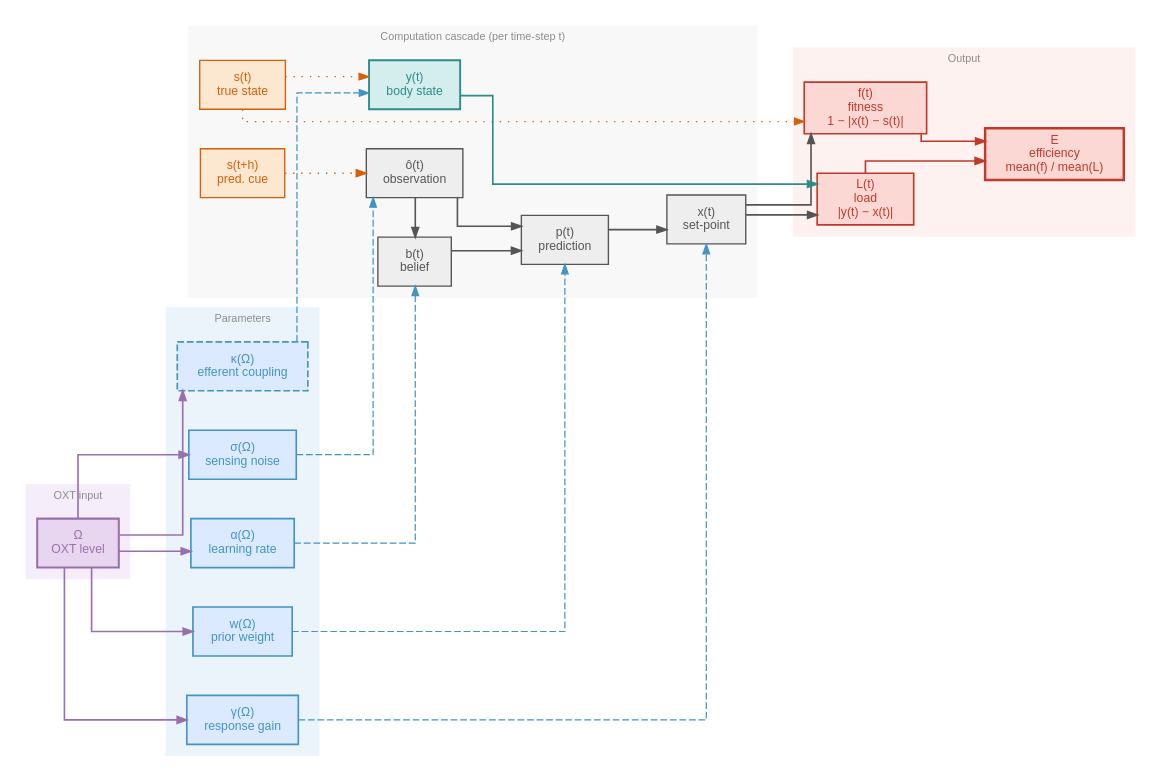
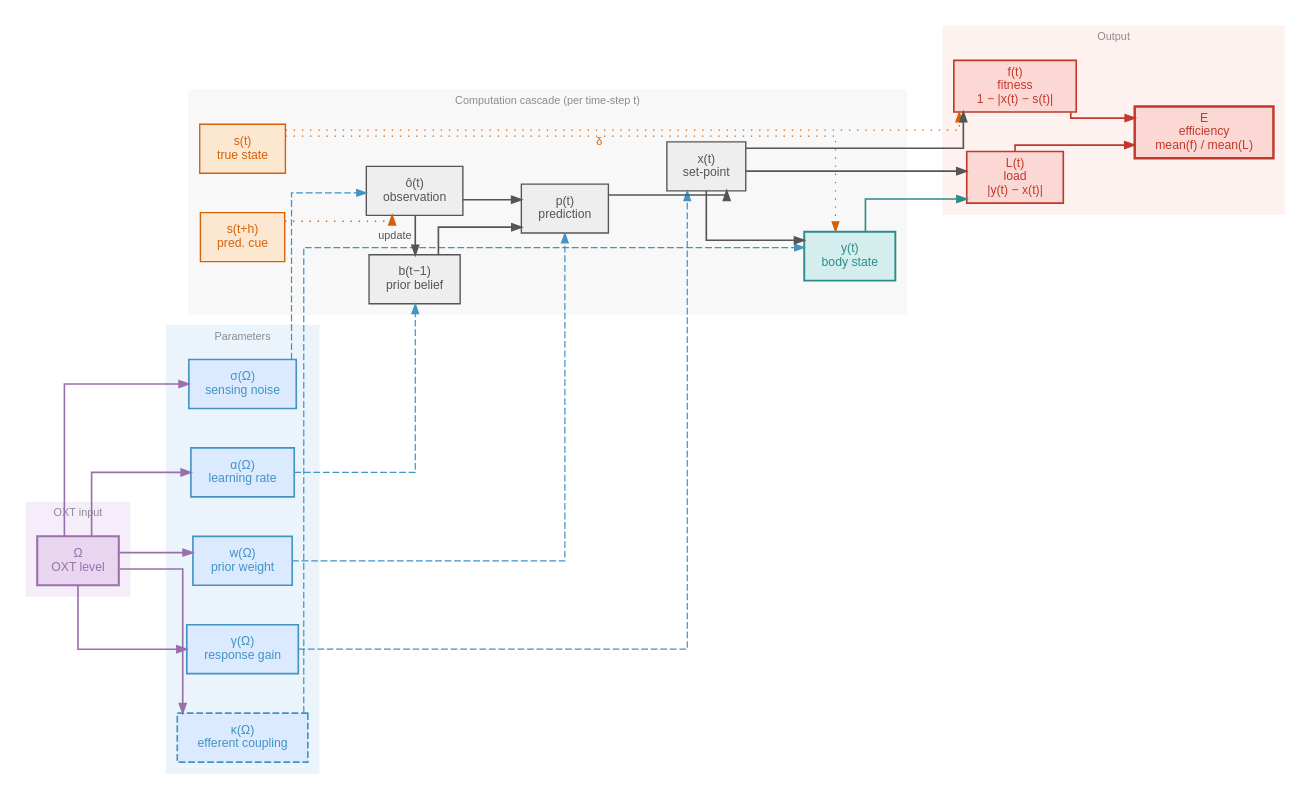
One commit to dsquintana/oxytocin_allostatic_theory changed the diagram in allostatic_dag.dot. Above: the diagram before and after it, drawn with Graphviz.

Commit message:
Corrected directed graph
Added set-point to body-state edge and labelled prior belief

```diff
--- a/allostatic_dag.dot
+++ b/allostatic_dag.dot
@@ -16,6 +16,12 @@
  *   solid  : cascade flow and output aggregation
  *   dashed : OXT-modulated parameter influence on cascade
  *   dotted : environmental inputs
+ *
+ * Timing: the prediction p(t) uses the belief carried over from the
+ * previous step, b(t−1); the observation ô(t) then updates the belief
+ * (at rate α(Ω)) for the next step. The body state y(t) is pulled toward
+ * the true state s(t) at the fixed rate δ and toward the set-point x(t)
+ * at the OXT-dependent rate κ(Ω).
  *
  * Render with Graphviz:
  *   dot -Tpdf allostatic_dag.dot -o allostatic_dag.pdf
@@ -156,8 +162,9 @@
       penwidth  = 1.0
       fontcolor = "#555555"
     ]
+    /* Belief carried over from the previous step; feeds the prediction p(t) */
     bel [
-      label     = "b(t)\nbelief"
+      label     = "b(t−1)\nprior belief"
       fillcolor = "#eeeeee"
       color     = "#555555"
       penwidth  = 1.0
@@ -252,15 +259,19 @@
   /* Predictive cue s(t+h) feeds the noisy observation               */
   cue -> obs [ color = "#d6600a"  style = dotted  penwidth = 1.2 ]
   /* True state s(t) drives passive body-state drift (rate δ = 0.15) */
-  env -> ybd [ color = "#d6600a"  style = dotted  penwidth = 0.9 ]
+  env -> ybd [ color = "#d6600a"  style = dotted  penwidth = 0.9  xlabel = "δ"  fontcolor = "#d6600a" ]
   /* True state s(t) enters fitness calculation                       */
   env -> fit [ color = "#d6600a"  style = dotted  penwidth = 0.9 ]
 
   /* ── Cascade flow (grey, solid) ──────────────────────────────── */
-  obs -> bel [ color = "#555555"  penwidth = 1.2 ]
+  /* The observation updates the belief for the next step */
+  obs -> bel [ color = "#555555"  penwidth = 1.2  xlabel = "update"  fontcolor = "#555555" ]
   obs -> pre [ color = "#555555"  penwidth = 1.2 ]
+  /* The prediction uses the belief from the previous step, b(t−1) */
   bel -> pre [ color = "#555555"  penwidth = 1.2 ]
   pre -> xst [ color = "#555555"  penwidth = 1.2 ]
+  /* The set-point pulls the body state toward it (efferent coupling, rate κ(Ω)) */
+  xst -> ybd [ color = "#555555"  penwidth = 1.2 ]
   xst -> fit [ color = "#555555"  penwidth = 1.2 ]
   xst -> loa [ color = "#555555"  penwidth = 1.2 ]
 
```
